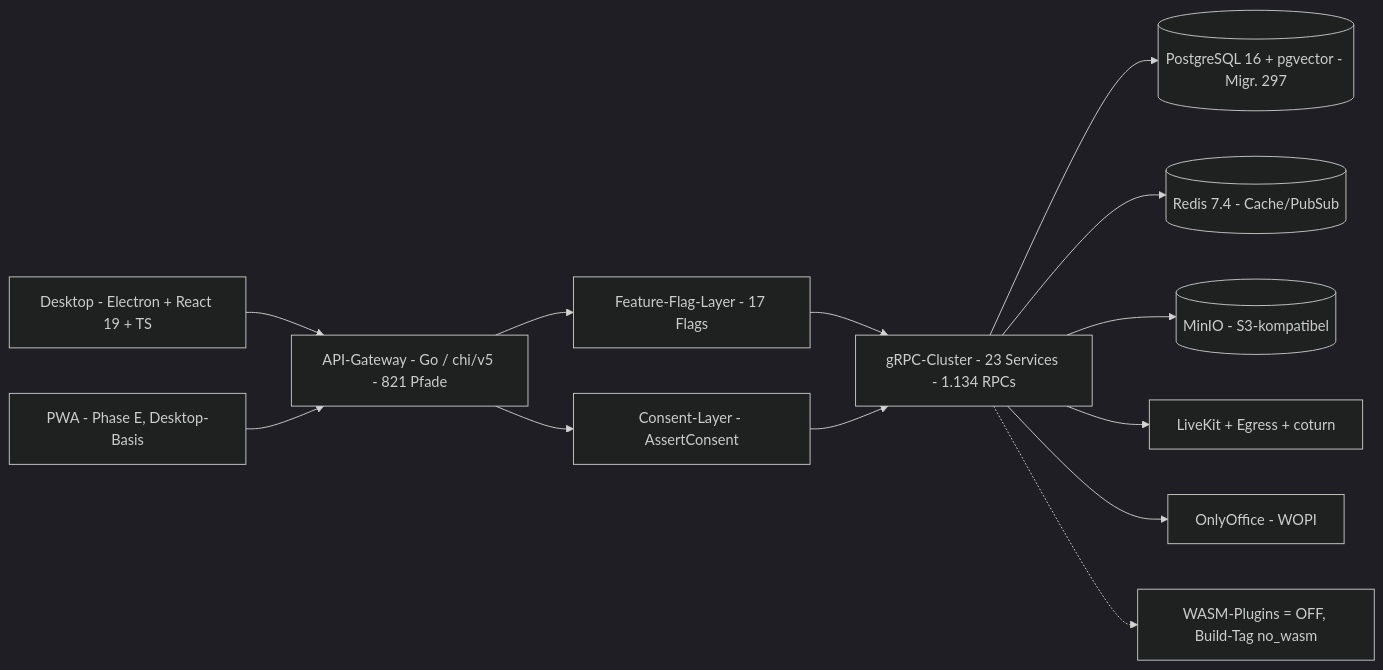
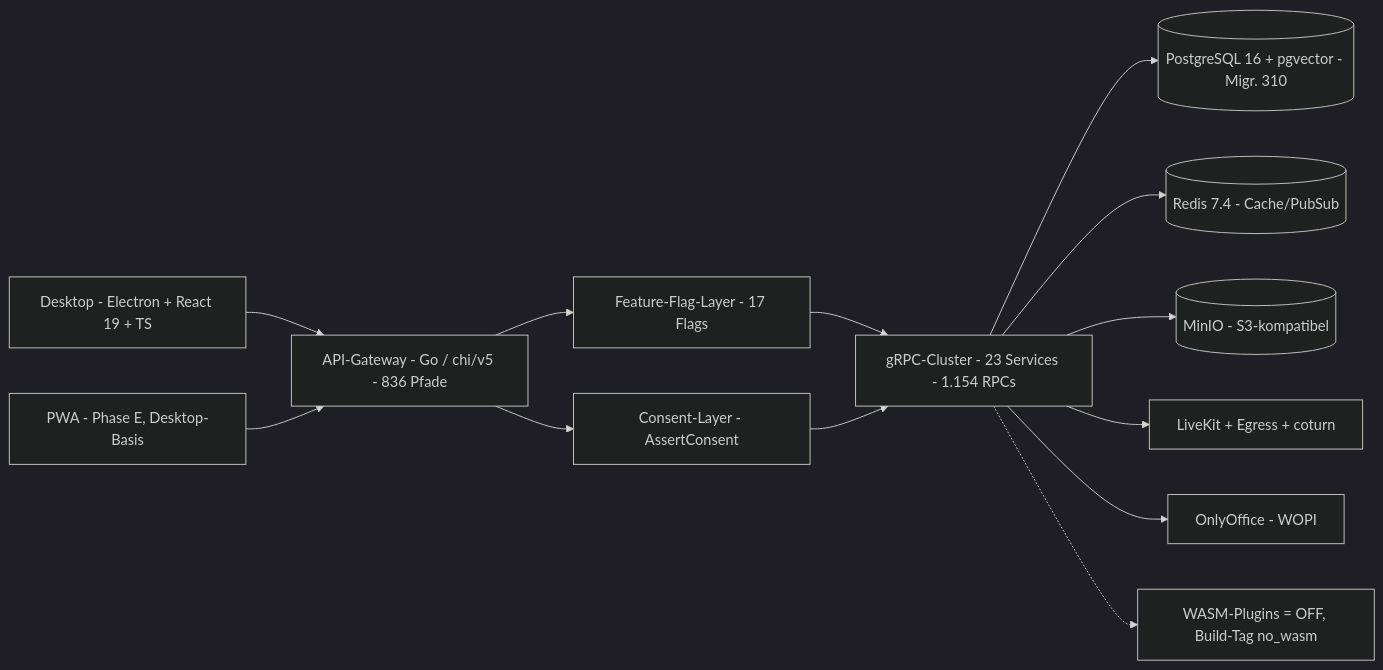
The third of 3 diagrams in .planning/status-overview.md (Lukes-Git-Beginning/KMU-Hub), drawn with Mermaid (dark theme) before and after one commit. The commit also changed other lines of this file and 1 other file, not shown here.

````diff
--- a/.planning/status-overview.md
+++ b/.planning/status-overview.md
@@ -159,15 +222,15 @@
 ```mermaid
 graph LR
     D["Desktop - Electron + React 19 + TS"] --> GW
     P["PWA - Phase E, Desktop-Basis"] --> GW
-    GW["API-Gateway - Go / chi/v5 - 821 Pfade"] --> FF["Feature-Flag-Layer - 17 Flags"]
+    GW["API-Gateway - Go / chi/v5 - 836 Pfade"] --> FF["Feature-Flag-Layer - 17 Flags"]
     GW --> CON["Consent-Layer - AssertConsent"]
     FF --> SVC
     CON --> SVC
-    SVC["gRPC-Cluster - 23 Services - 1.134 RPCs"] --> PG[("PostgreSQL 16 + pgvector - Migr. 297")]
+    SVC["gRPC-Cluster - 23 Services - 1.154 RPCs"] --> PG[("PostgreSQL 16 + pgvector - Migr. 310")]
     SVC --> RD[("Redis 7.4 - Cache/PubSub")]
     SVC --> MIN[("MinIO - S3-kompatibel")]
     SVC --> LK["LiveKit + Egress + coturn"]
     SVC --> OO["OnlyOffice - WOPI"]
     SVC -.-> WASM["WASM-Plugins = OFF, Build-Tag no_wasm"]
 ```
````
